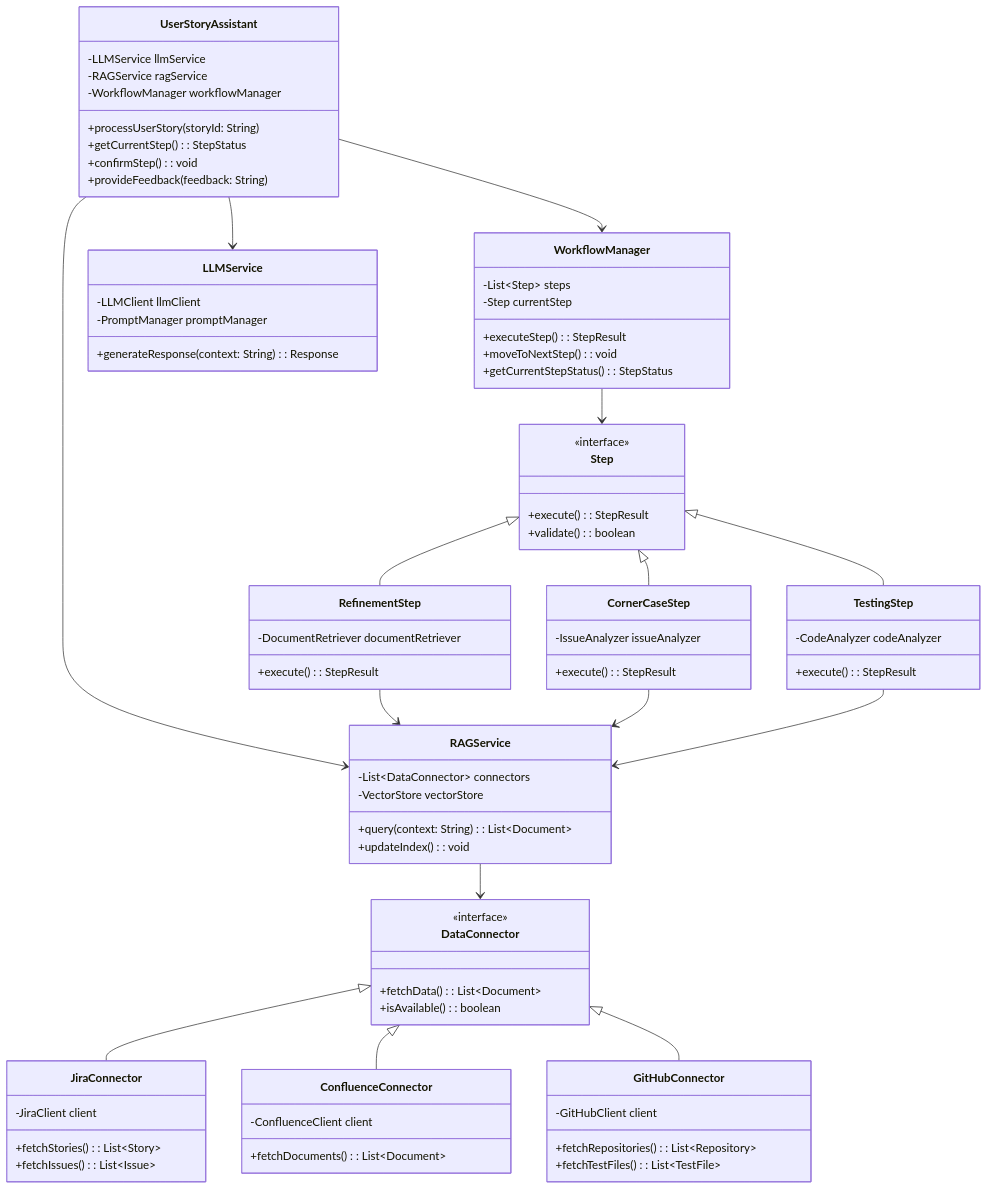
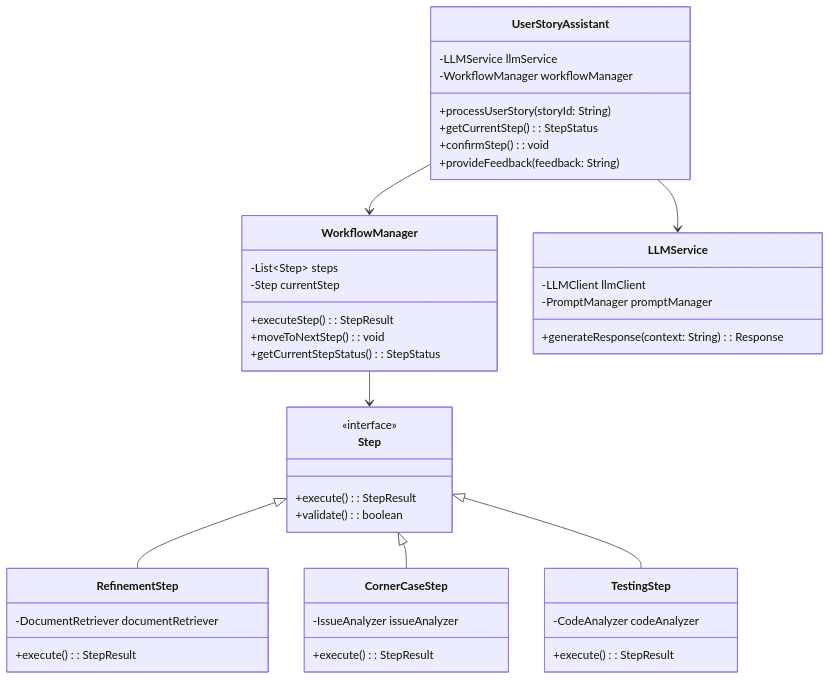
The first of 2 diagrams in readme.md (rgarciademarina/AI4Devs-finalproject-RGM), drawn with Mermaid before and after one commit. The commit also changed other lines of this file and 1 other file, not shown here.

````diff
--- a/readme.md
+++ b/readme.md
@@ -74,7 +71,6 @@
 classDiagram
     class UserStoryAssistant {
         -LLMService llmService
-        -RAGService ragService
         -WorkflowManager workflowManager
         +processUserStory(storyId: String)
         +getCurrentStep(): StepStatus
@@ -111,36 +107,6 @@
         +execute(): StepResult
     }
 
-    class RAGService {
-        -List~DataConnector~ connectors
-        -VectorStore vectorStore
-        +query(context: String): List~Document~
-        +updateIndex(): void
-    }
-
-    class DataConnector {
-        <<interface>>
-        +fetchData(): List~Document~
-        +isAvailable(): boolean
-    }
-
-    class JiraConnector {
-        -JiraClient client
-        +fetchStories(): List~Story~
-        +fetchIssues(): List~Issue~
-    }
-
-    class ConfluenceConnector {
-        -ConfluenceClient client
-        +fetchDocuments(): List~Document~
-    }
-
-    class GitHubConnector {
-        -GitHubClient client
-        +fetchRepositories(): List~Repository~
-        +fetchTestFiles(): List~TestFile~
-    }
-
     class LLMService {
         -LLMClient llmClient
         -PromptManager promptManager
@@ -149,20 +115,9 @@
 
     UserStoryAssistant --> WorkflowManager
     UserStoryAssistant --> LLMService
-    UserStoryAssistant --> RAGService
 
     WorkflowManager --> Step
     Step <|-- RefinementStep
     Step <|-- CornerCaseStep
     Step <|-- TestingStep
-
-    RAGService --> DataConnector
-    DataConnector <|-- JiraConnector
-    DataConnector <|-- ConfluenceConnector
-    DataConnector <|-- GitHubConnector
-
-    RefinementStep --> RAGService
-    CornerCaseStep --> RAGService
-    TestingStep --> RAGService
-
 ```
````
